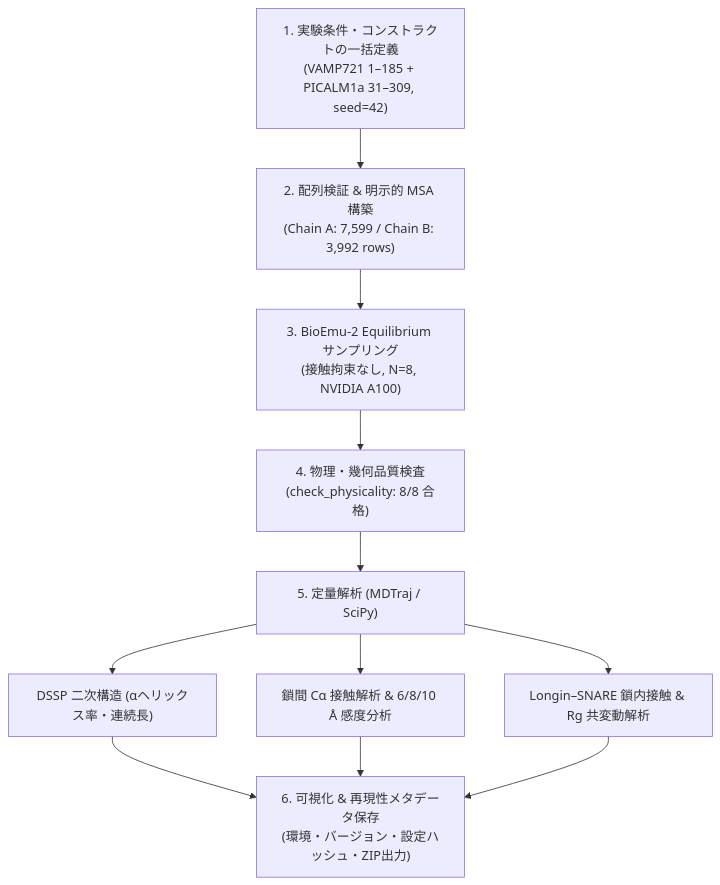
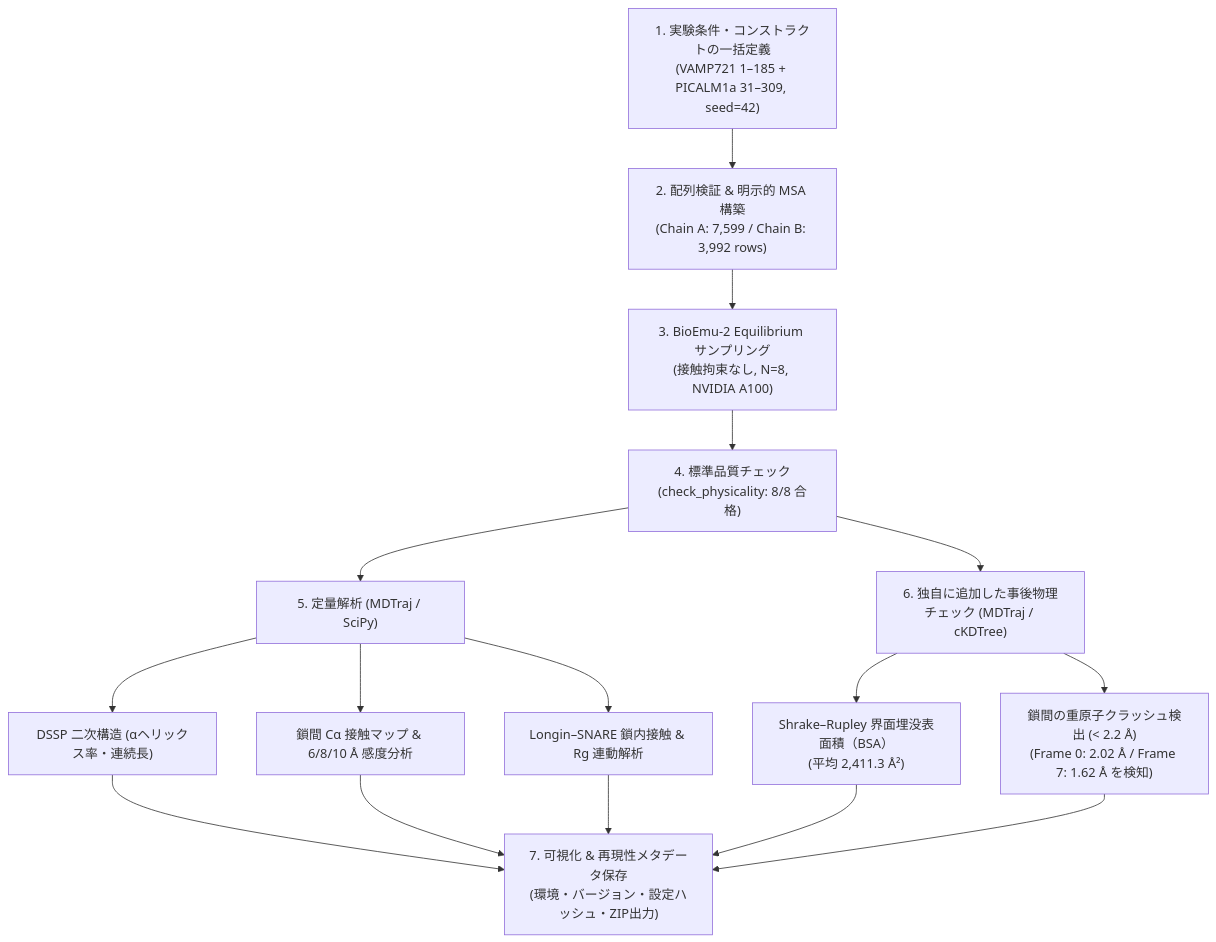
Before and after one commit to Shunsuke-max/vamp721-structural-ensemble: the diagram in README.md, drawn with Mermaid. The commit also changed other lines of this file and 7 other files, not shown here.

````diff
--- a/README.md
+++ b/README.md
@@ -15,11 +21,14 @@
 ```mermaid
 flowchart TD
     A["1. 実験条件・コンストラクトの一括定義<br/>(VAMP721 1–185 + PICALM1a 31–309, seed=42)"] --> B["2. 配列検証 & 明示的 MSA 構築<br/>(Chain A: 7,599 / Chain B: 3,992 rows)"]
     B --> C["3. BioEmu-2 Equilibrium サンプリング<br/>(接触拘束なし, N=8, NVIDIA A100)"]
-    C --> D["4. 物理・幾何品質検査<br/>(check_physicality: 8/8 合格)"]
+    C --> D["4. 標準品質チェック<br/>(check_physicality: 8/8 合格)"]
     D --> E["5. 定量解析 (MDTraj / SciPy)"]
     E --> E1["DSSP 二次構造 (αヘリックス率・連続長)"]
-    E --> E2["鎖間 Cα 接触解析 & 6/8/10 Å 感度分析"]
-    E --> E3["Longin–SNARE 鎖内接触 & Rg 共変動解析"]
-    E1 & E2 & E3 --> F["6. 可視化 & 再現性メタデータ保存<br/>(環境・バージョン・設定ハッシュ・ZIP出力)"]
+    E --> E2["鎖間 Cα 接触マップ & 6/8/10 Å 感度分析"]
+    E --> E3["Longin–SNARE 鎖内接触 & Rg 連動解析"]
+    D --> F["6. 独自に追加した事後物理チェック (MDTraj / cKDTree)"]
+    F --> F1["Shrake–Rupley 界面埋没表面積（BSA）<br/>(平均 2,411.3 Å²)"]
+    F --> F2["鎖間の重原子クラッシュ検出 (< 2.2 Å)<br/>(Frame 0: 2.02 Å / Frame 7: 1.62 Å を検知)"]
+    E1 & E2 & E3 & F1 & F2 --> G["7. 可視化 & 再現性メタデータ保存<br/>(環境・バージョン・設定ハッシュ・ZIP出力)"]
 ```
````
